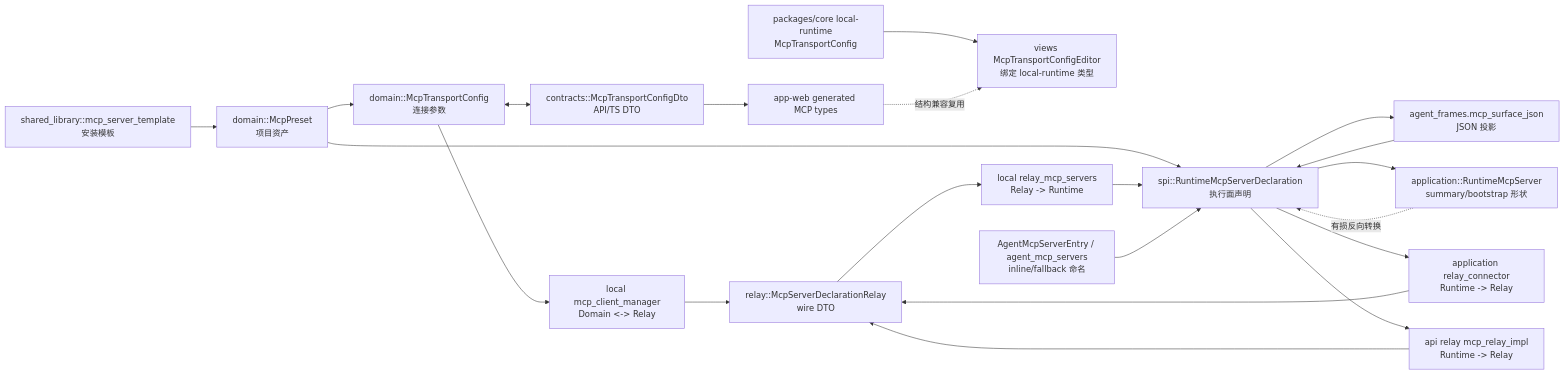
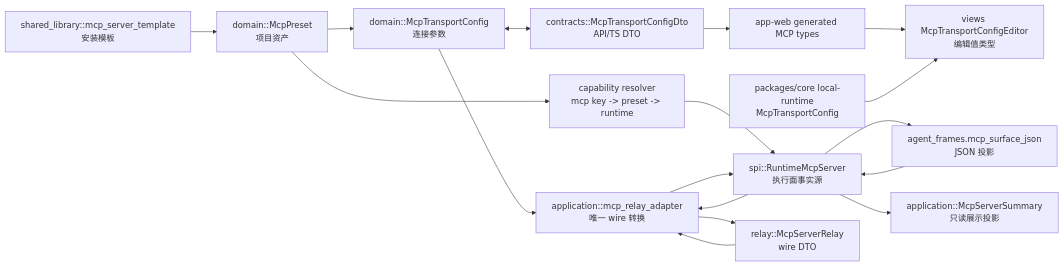
The first of 2 diagrams in .trellis/tasks/06-14-mcp-concept-model-convergence/design.md (syan2018/AgentDash), drawn with Mermaid before and after one commit. The commit also changed other lines of this file and 72 other files, not shown here.

````diff
--- a/.trellis/tasks/06-14-mcp-concept-model-convergence/design.md
+++ b/.trellis/tasks/06-14-mcp-concept-model-convergence/design.md
@@ -5,41 +5,34 @@
 ```mermaid
 flowchart LR
   DomainPreset["domain::McpPreset<br/>项目资产"]
   DomainTransport["domain::McpTransportConfig<br/>连接参数"]
   ContractDto["contracts::McpTransportConfigDto<br/>API/TS DTO"]
   FrontendTypes["app-web generated MCP types"]
   LocalTs["packages/core local-runtime<br/>McpTransportConfig"]
-  Editor["views McpTransportConfigEditor<br/>绑定 local-runtime 类型"]
+  Editor["views McpTransportConfigEditor<br/>编辑值类型"]
 
-  RuntimeDecl["spi::RuntimeMcpServerDeclaration<br/>执行面声明"]
-  RuntimeView["application::RuntimeMcpServer<br/>summary/bootstrap 形状"]
+  Runtime["spi::RuntimeMcpServer<br/>执行面事实源"]
+  Summary["application::McpServerSummary<br/>只读展示投影"]
   FrameJson["agent_frames.mcp_surface_json<br/>JSON 投影"]
 
-  RelayDto["relay::McpServerDeclarationRelay<br/>wire DTO"]
-  AppRelay["application relay_connector<br/>Runtime -> Relay"]
-  ApiRelay["api relay mcp_relay_impl<br/>Runtime -> Relay"]
-  LocalManager["local mcp_client_manager<br/>Domain <-> Relay"]
-  LocalPrompt["local relay_mcp_servers<br/>Relay -> Runtime"]
-
-  AgentInline["AgentMcpServerEntry / agent_mcp_servers<br/>inline/fallback 命名"]
+  RelayDto["relay::McpServerRelay<br/>wire DTO"]
+  Adapter["application::mcp_relay_adapter<br/>唯一 wire 转换"]
+  Capability["capability resolver<br/>mcp key -> preset -> runtime"]
   Marketplace["shared_library::mcp_server_template<br/>安装模板"]
 
   DomainPreset --> DomainTransport
   DomainTransport <--> ContractDto
   ContractDto --> FrontendTypes
+  FrontendTypes --> Editor
   LocalTs --> Editor
-  FrontendTypes -.结构兼容复用.-> Editor
 
-  DomainPreset --> RuntimeDecl
-  RuntimeDecl --> FrameJson
-  FrameJson --> RuntimeDecl
-  RuntimeDecl --> RuntimeView
-  RuntimeView -.有损反向转换.-> RuntimeDecl
+  DomainPreset --> Capability --> Runtime
+  Runtime --> FrameJson
+  FrameJson --> Runtime
+  Runtime --> Summary
 
-  RuntimeDecl --> AppRelay --> RelayDto
-  RuntimeDecl --> ApiRelay --> RelayDto
-  DomainTransport --> LocalManager --> RelayDto
-  RelayDto --> LocalPrompt --> RuntimeDecl
-  AgentInline --> RuntimeDecl
+  Runtime --> Adapter --> RelayDto
+  DomainTransport --> Adapter
+  RelayDto --> Adapter --> Runtime
   Marketplace --> DomainPreset
 ```
````
